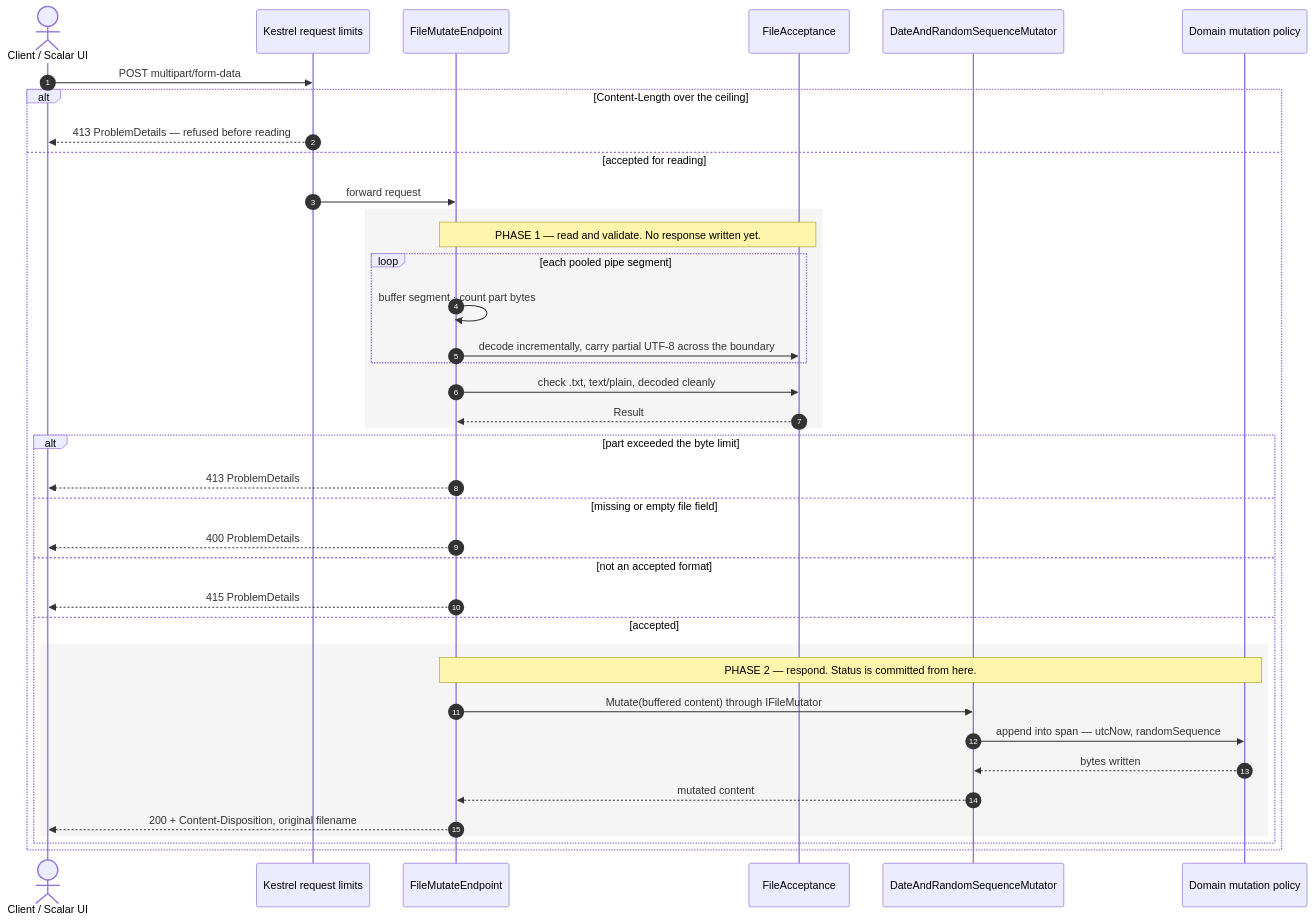
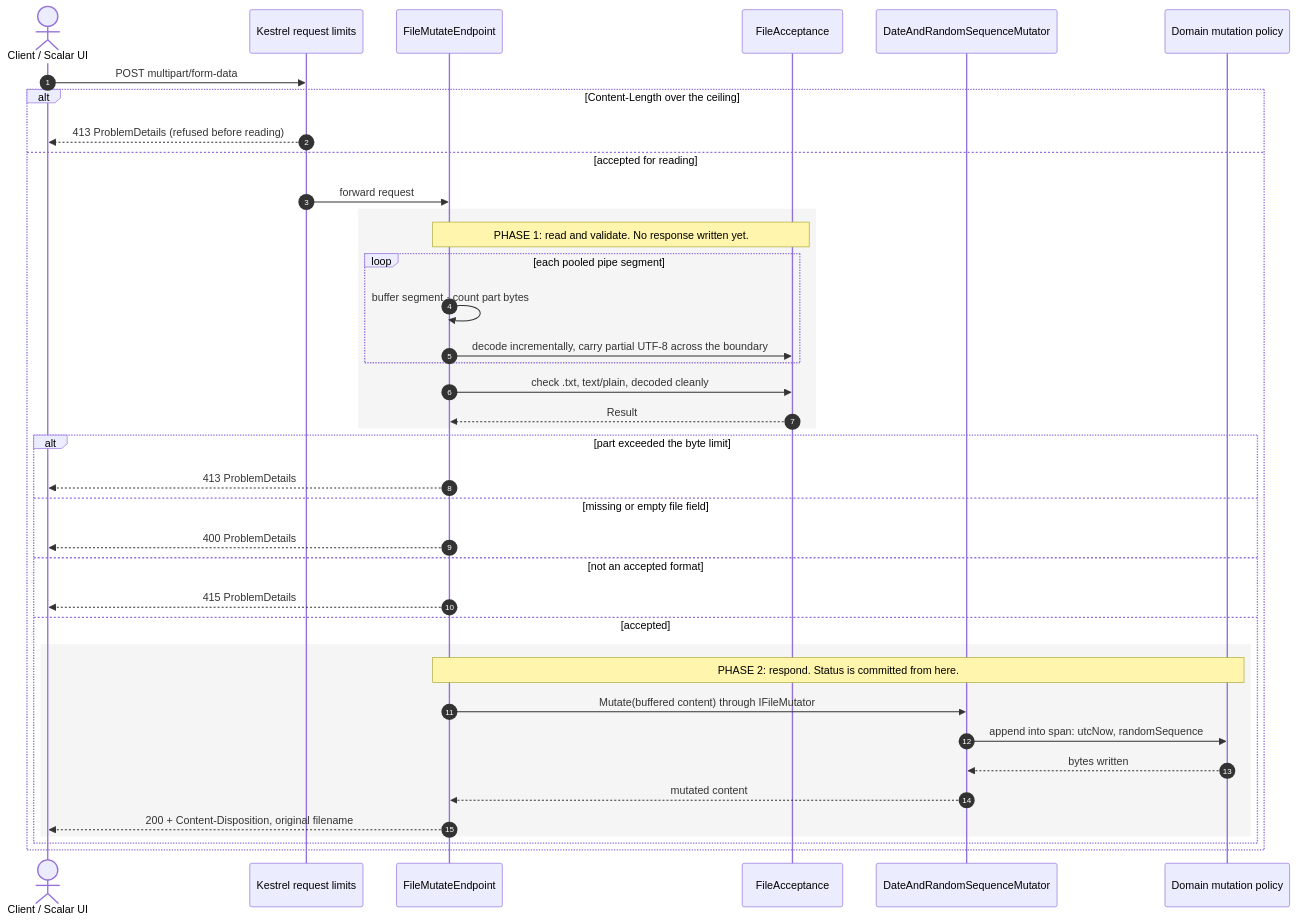
The second of 3 diagrams in docs/architecture.md (fabiantax/zero-allocation-fileupload), drawn with Mermaid before and after one commit. The commit also changed other lines of this file and 11 other files, not shown here.

````diff
--- a/docs/architecture.md
+++ b/docs/architecture.md
@@ -82,45 +82,45 @@
 ```mermaid
 sequenceDiagram
     autonumber
     actor C as Client / Scalar UI
     participant K as Kestrel request limits
     participant E as FileMutateEndpoint
     participant A as FileAcceptance
     participant M as DateAndRandomSequenceMutator
     participant D as Domain mutation policy
 
     C->>K: POST multipart/form-data
 
     alt Content-Length over the ceiling
-        K-->>C: 413 ProblemDetails — refused before reading
+        K-->>C: 413 ProblemDetails (refused before reading)
     else accepted for reading
         K->>E: forward request
 
         rect rgb(245,245,245)
-        note over E,A: PHASE 1 — read and validate. No response written yet.
+        note over E,A: PHASE 1: read and validate. No response written yet.
         loop each pooled pipe segment
             E->>E: buffer segment · count part bytes
             E->>A: decode incrementally, carry partial UTF-8 across the boundary
         end
         E->>A: check .txt, text/plain, decoded cleanly
         A-->>E: Result
         end
 
         alt part exceeded the byte limit
             E-->>C: 413 ProblemDetails
         else missing or empty file field
             E-->>C: 400 ProblemDetails
         else not an accepted format
             E-->>C: 415 ProblemDetails
         else accepted
             rect rgb(245,245,245)
-            note over E,D: PHASE 2 — respond. Status is committed from here.
+            note over E,D: PHASE 2: respond. Status is committed from here.
             E->>M: Mutate(buffered content) through IFileMutator
-            M->>D: append into span — utcNow, randomSequence
+            M->>D: append into span: utcNow, randomSequence
             D-->>M: bytes written
             M-->>E: mutated content
             E-->>C: 200 + Content-Disposition, original filename
             end
         end
     end
 ```
````
